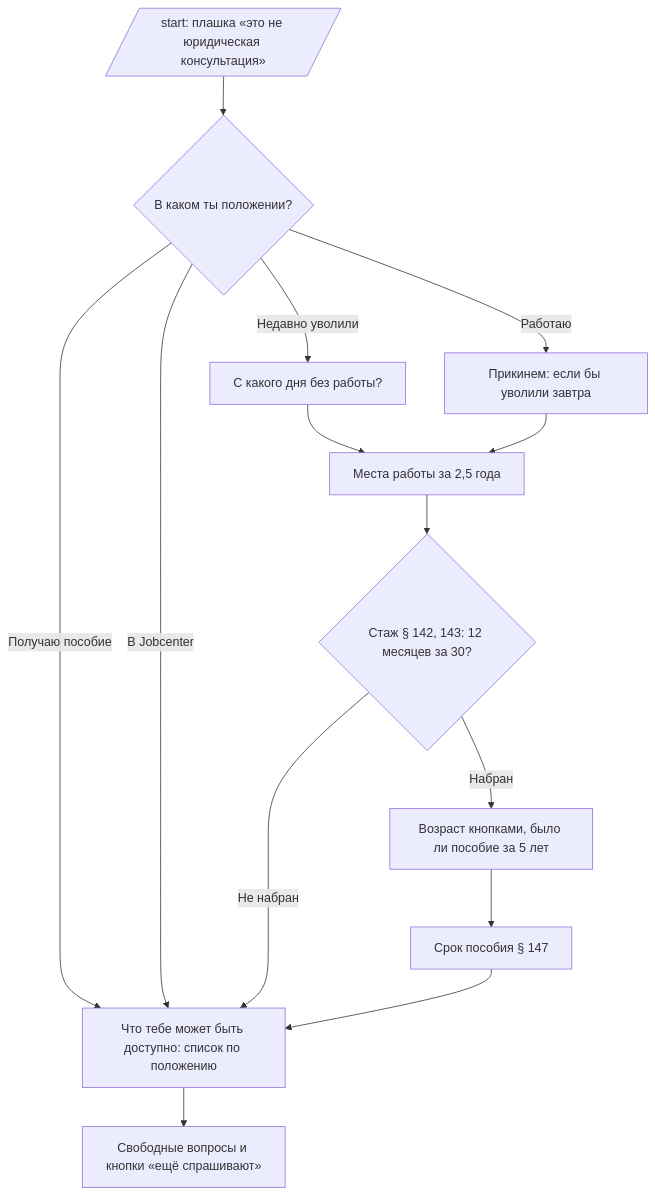
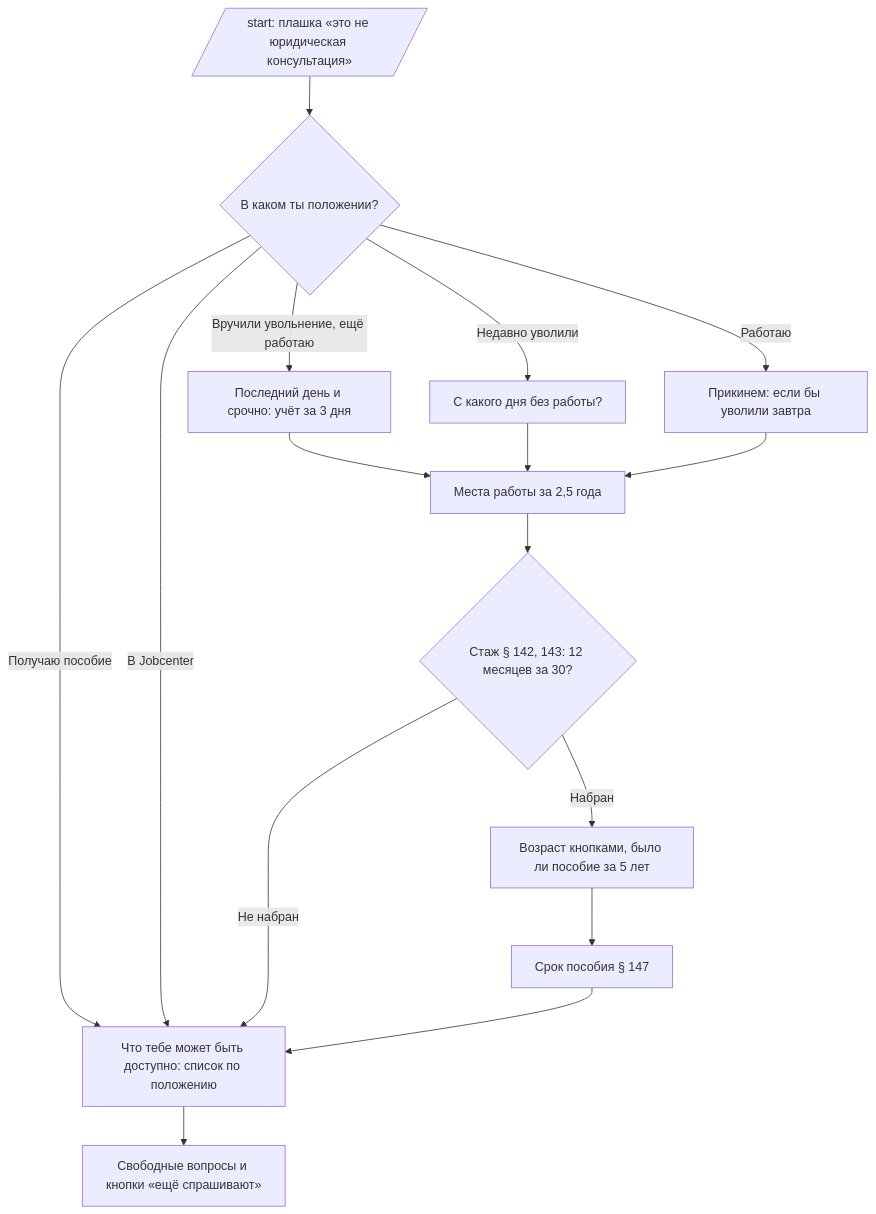
One commit to poshtal/sozial-lotse-bot changed the first of 2 diagrams in docs/project.md. Above: the diagram before and after it, drawn with Mermaid. The commit also changed other lines of this file and 4 other files, not shown here.

Commit message:
Кнопка «увольнение вручили, но ещё работаю»

````diff
--- a/docs/project.md
+++ b/docs/project.md
@@ -29,16 +29,18 @@
 ```mermaid
 flowchart TD
     A[/start: плашка «это не юридическая консультация»/] --> B{В каком ты положении?}
     B -->|Недавно уволили| C[С какого дня без работы?]
+    B -->|Вручили увольнение, ещё работаю| C2[Последний день и срочно: учёт за 3 дня]
+    C2 --> E
     B -->|Работаю| D[Прикинем: если бы уволили завтра]
     B -->|Получаю пособие| M
     B -->|В Jobcenter| M
     C --> E[Места работы за 2,5 года]
     D --> E
     E --> F{Стаж § 142, 143: 12 месяцев за 30?}
     F -->|Набран| G[Возраст кнопками, было ли пособие за 5 лет]
     G --> H[Срок пособия § 147]
     F -->|Не набран| M
     H --> M[Что тебе может быть доступно: список по положению]
     M --> Q[Свободные вопросы и кнопки «ещё спрашивают»]
 ```
````
